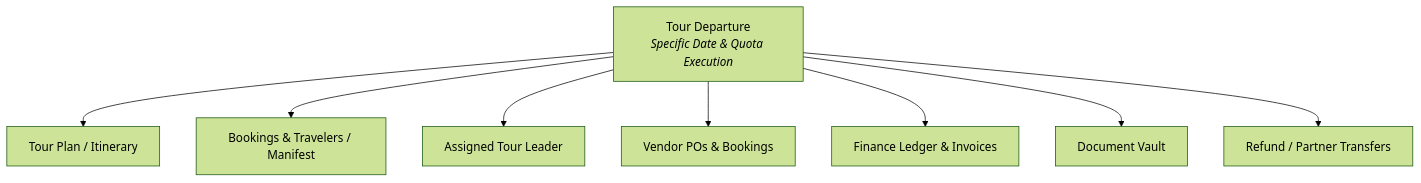
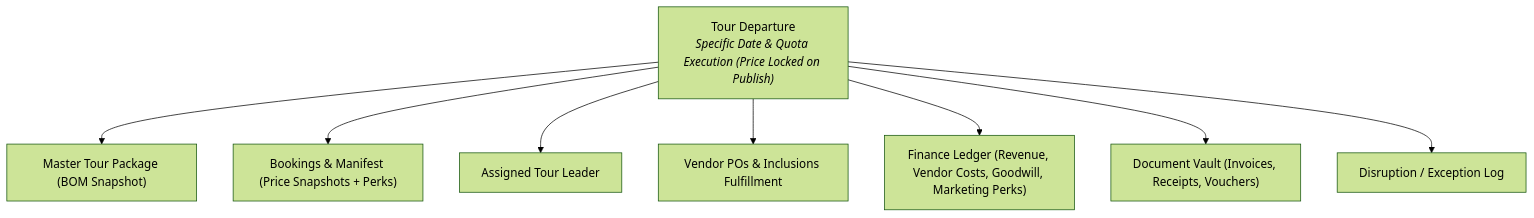
Before and after one commit to mfauzanfikri/tms-docs: the diagram in contexts/04_MODULE_DESIGN_Travel_Trip_Management.md, drawn with Mermaid (forest theme). The commit also changed other lines of this file and 3 other files, not shown here.

Commit message:
docs(context): sync BRD, flow, BPMN, and module design with latest business rules

````diff
--- a/contexts/04_MODULE_DESIGN_Travel_Trip_Management.md
+++ b/contexts/04_MODULE_DESIGN_Travel_Trip_Management.md
@@ -47,12 +60,12 @@
 ```mermaid
 graph TD
-    TD["Tour Departure<br><i>Specific Date & Quota Execution</i>"]
+    TD["Tour Departure<br><i>Specific Date & Quota Execution (Price Locked on Publish)</i>"]
     
-    TD --> TP["Tour Plan / Itinerary"]
-    TD --> BK["Bookings & Travelers / Manifest"]
+    TD --> TP["Master Tour Package (BOM Snapshot)"]
+    TD --> BK["Bookings & Manifest (Price Snapshots + Perks)"]
     TD --> TL["Assigned Tour Leader"]
-    TD --> VP["Vendor POs & Bookings"]
-    TD --> FIN["Finance Ledger & Invoices"]
-    TD --> DOC["Document Vault"]
-    TD --> REF["Refund / Partner Transfers"]
+    TD --> VP["Vendor POs & Inclusions Fulfillment"]
+    TD --> FIN["Finance Ledger (Revenue, Vendor Costs, Goodwill, Marketing Perks)"]
+    TD --> DOC["Document Vault (Invoices, Receipts, Vouchers)"]
+    TD --> DIS["Disruption / Exception Log"]
 ```
````
